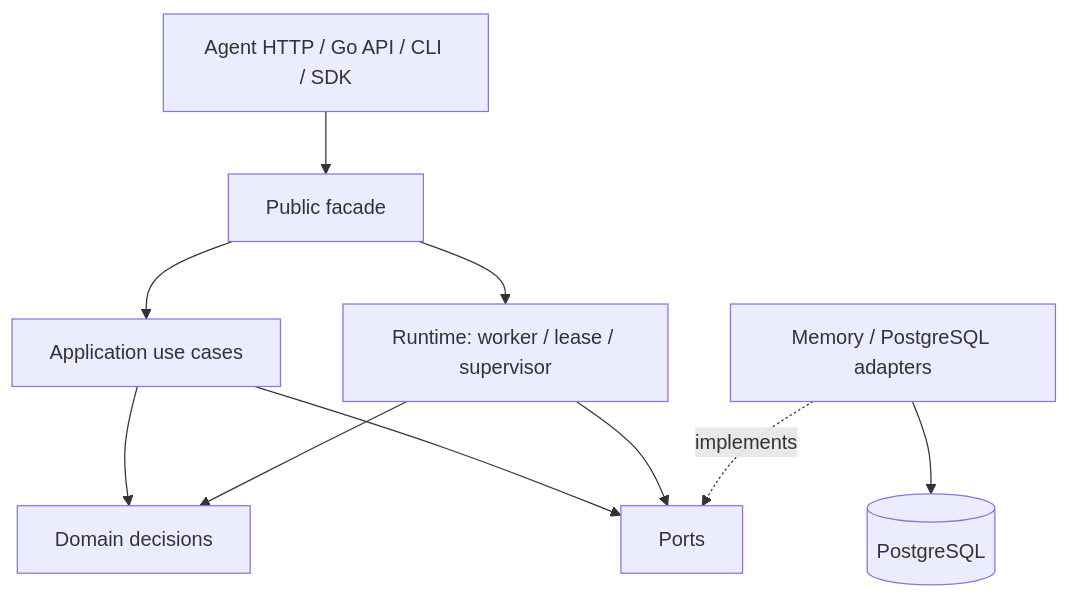
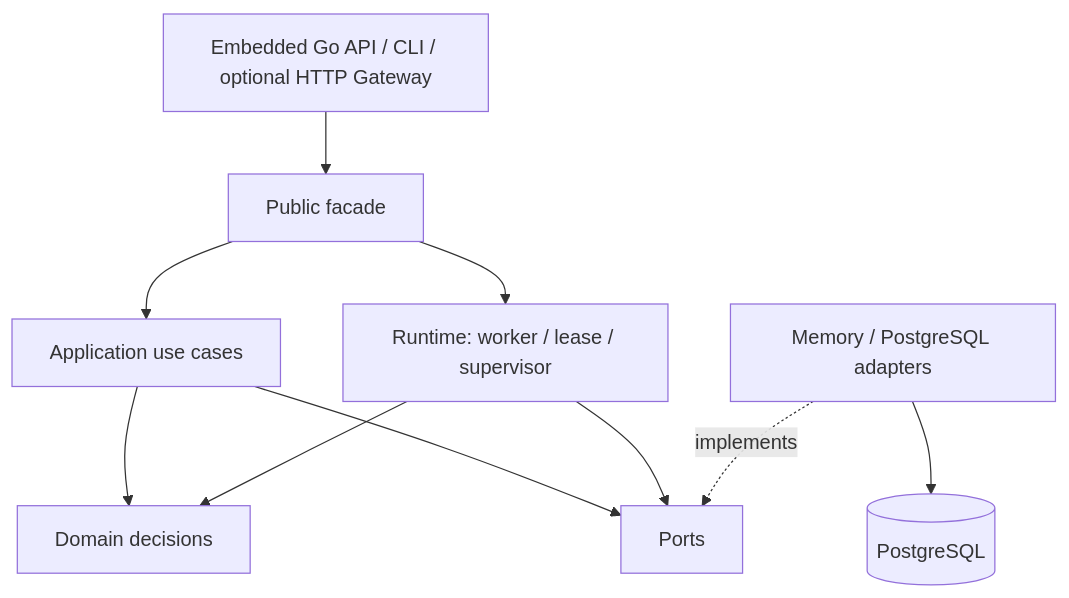
One commit to RhinoQDev/RhinoQ changed the diagram in docs/architecture.md. Above: the diagram before and after it, drawn with Mermaid. The commit also changed 54 other files, not shown here.

````diff
--- a/docs/architecture.md
+++ b/docs/architecture.md
@@ -3,21 +3,21 @@
 ```mermaid
 flowchart TB
-  I["Agent HTTP / Go API / CLI / SDK"]
+  I["Embedded Go API / CLI / optional HTTP Gateway"]
   F["Public facade"]
   A["Application use cases"]
   R["Runtime: worker / lease / supervisor"]
   D["Domain decisions"]
   P["Ports"]
   X["Memory / PostgreSQL adapters"]
   DB[("PostgreSQL")]
 
   I --> F
   F --> A
   F --> R
   A --> D
   A --> P
   R --> D
   R --> P
   X -. "implements" .-> P
   X --> DB
 ```
````
